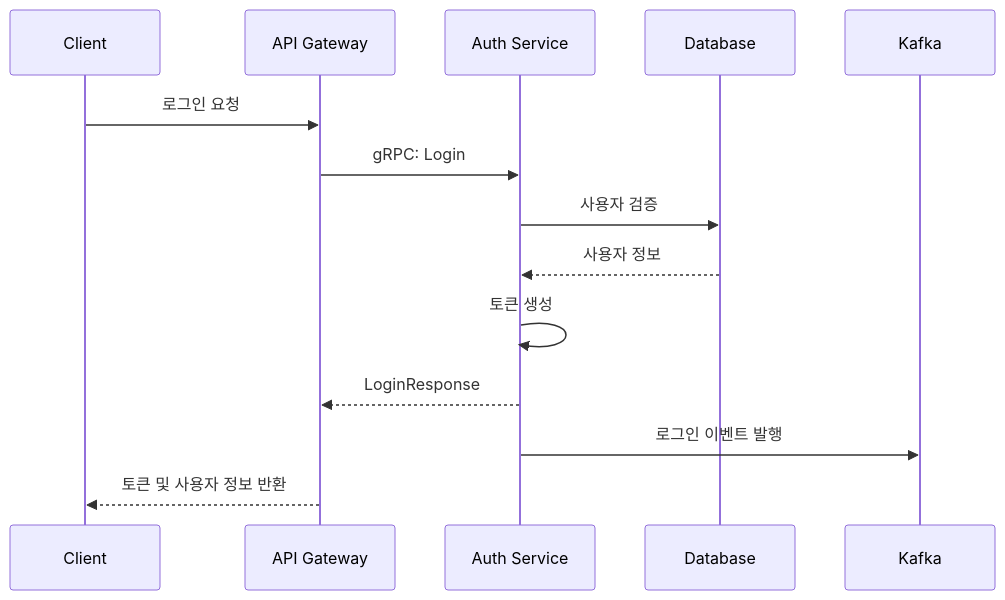
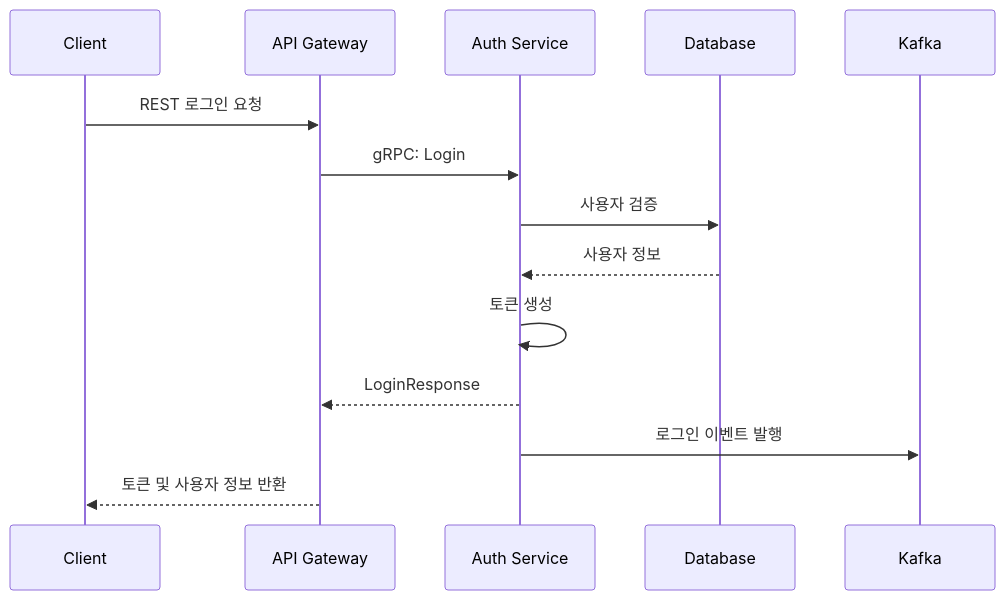
One commit to sukryu/IV-auth-service changed the first of 2 diagrams in README.md. Above: the diagram before and after it, drawn with Mermaid. The commit also changed other lines of this file and 55 other files, not shown here.

````diff
--- a/README.md
+++ b/README.md
@@ -201,11 +279,11 @@
 ```mermaid
 sequenceDiagram
-    Client->>API Gateway: 로그인 요청
+    Client->>API Gateway: REST 로그인 요청
     API Gateway->>Auth Service: gRPC: Login
     Auth Service->>Database: 사용자 검증
     Database-->>Auth Service: 사용자 정보
     Auth Service->>Auth Service: 토큰 생성
     Auth Service-->>API Gateway: LoginResponse
     Auth Service->>Kafka: 로그인 이벤트 발행
     API Gateway-->>Client: 토큰 및 사용자 정보 반환
 ```
````
